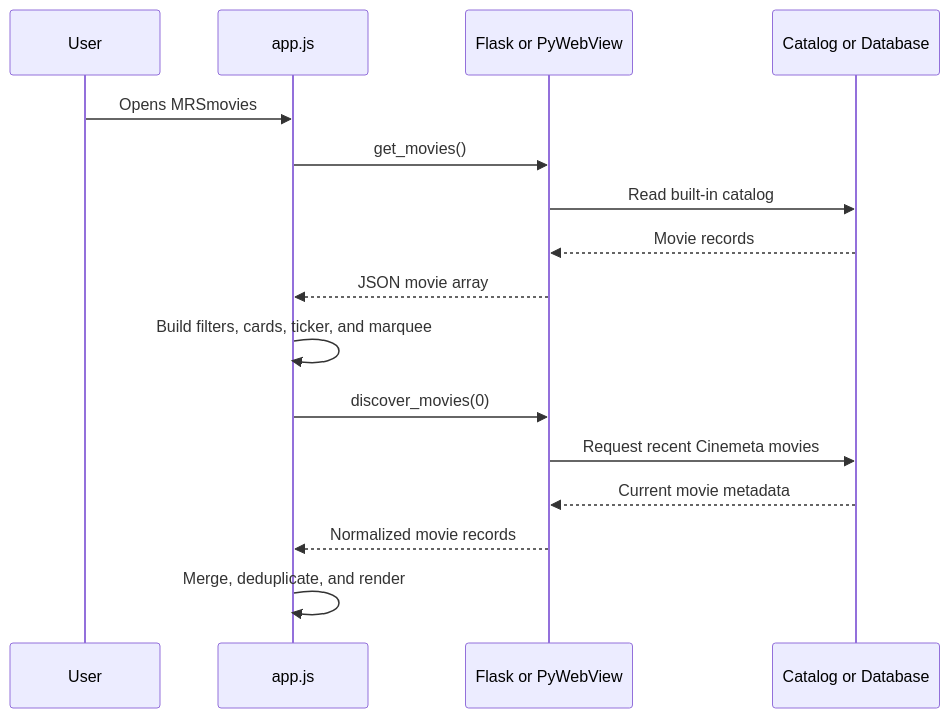
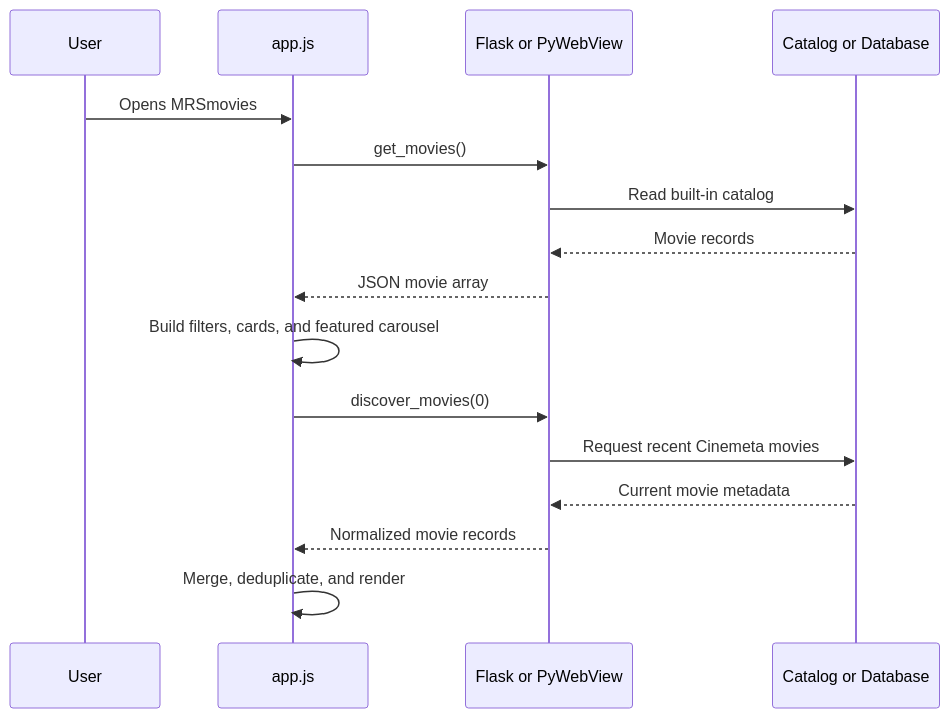
Before and after one commit to cl-a-ra/Movie-Recommendation-System: the second of 4 diagrams in PRESENTATION_GUIDE.md, drawn with Mermaid. The commit also changed other lines of this file and 2 other files, not shown here.

````diff
--- a/PRESENTATION_GUIDE.md
+++ b/PRESENTATION_GUIDE.md
@@ -95,19 +95,19 @@
 ```mermaid
 sequenceDiagram
     participant User
     participant Browser as app.js
     participant Server as Flask or PyWebView
     participant Data as Catalog or Database
 
     User->>Browser: Opens MRSmovies
     Browser->>Server: get_movies()
     Server->>Data: Read built-in catalog
     Data-->>Server: Movie records
     Server-->>Browser: JSON movie array
-    Browser->>Browser: Build filters, cards, ticker, and marquee
+    Browser->>Browser: Build filters, cards, and featured carousel
     Browser->>Server: discover_movies(0)
     Server->>Data: Request recent Cinemeta movies
     Data-->>Server: Current movie metadata
     Server-->>Browser: Normalized movie records
     Browser->>Browser: Merge, deduplicate, and render
 ```
````
